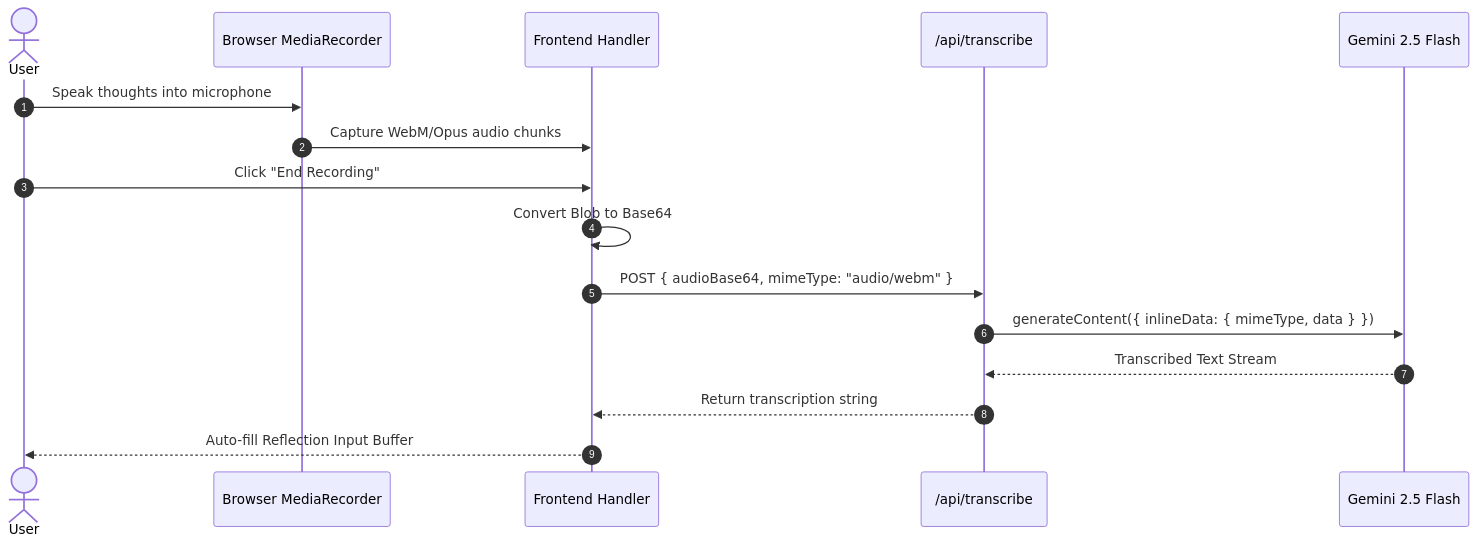
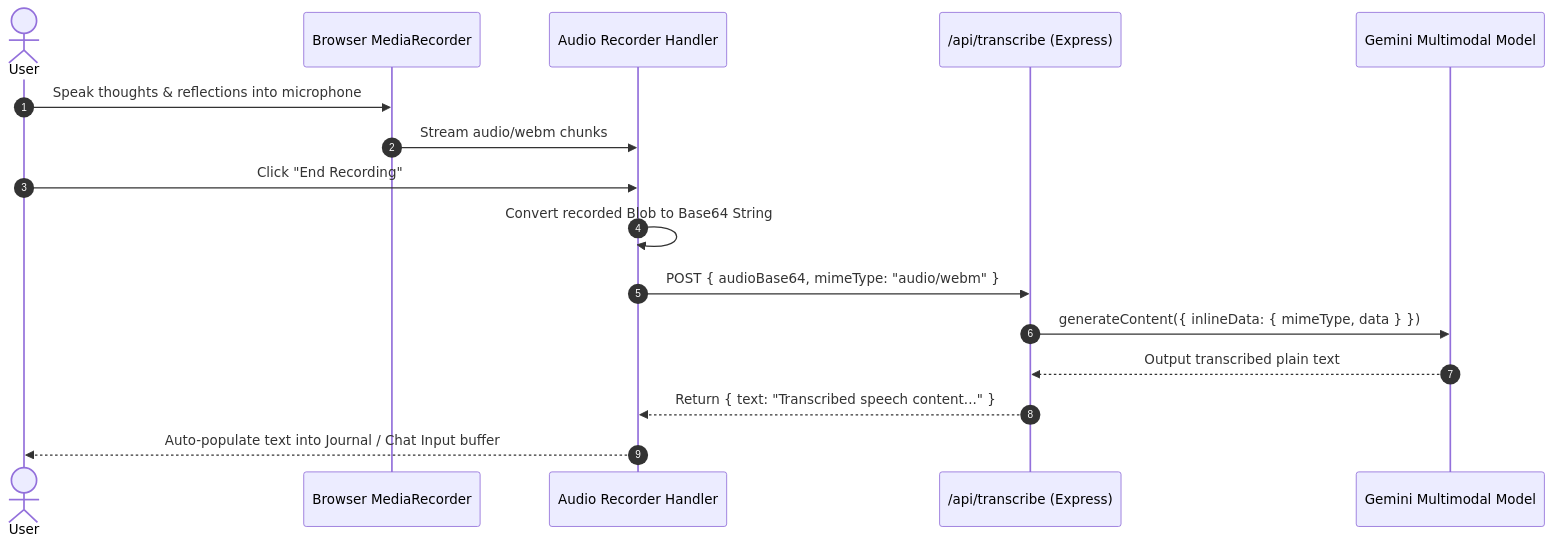
The third of 4 diagrams in README.md (mauryasomkumar-pixel/somotoz), drawn with Mermaid before and after one commit. The commit also changed other lines of this file, not shown here.

````diff
--- a/README.md
+++ b/README.md
@@ -115,19 +138,19 @@
 ```mermaid
 sequenceDiagram
     autonumber
     actor User as User
     participant Mic as Browser MediaRecorder
-    participant Client as Frontend Handler
-    participant API as /api/transcribe
-    participant Gemini as Gemini 2.5 Flash
+    participant UI as Audio Recorder Handler
+    participant Server as /api/transcribe (Express)
+    participant Gemini as Gemini Multimodal Model
 
-    User->>Mic: Speak thoughts into microphone
-    Mic->>Client: Capture WebM/Opus audio chunks
-    User->>Client: Click "End Recording"
-    Client->>Client: Convert Blob to Base64
-    Client->>API: POST { audioBase64, mimeType: "audio/webm" }
-    API->>Gemini: generateContent({ inlineData: { mimeType, data } })
-    Gemini-->>API: Transcribed Text Stream
-    API-->>Client: Return transcription string
-    Client-->>User: Auto-fill Reflection Input Buffer
+    User->>Mic: Speak thoughts & reflections into microphone
+    Mic->>UI: Stream audio/webm chunks
+    User->>UI: Click "End Recording"
+    UI->>UI: Convert recorded Blob to Base64 String
+    UI->>Server: POST { audioBase64, mimeType: "audio/webm" }
+    Server->>Gemini: generateContent({ inlineData: { mimeType, data } })
+    Gemini-->>Server: Output transcribed plain text
+    Server-->>UI: Return { text: "Transcribed speech content..." }
+    UI-->>User: Auto-populate text into Journal / Chat Input buffer
 ```
````
